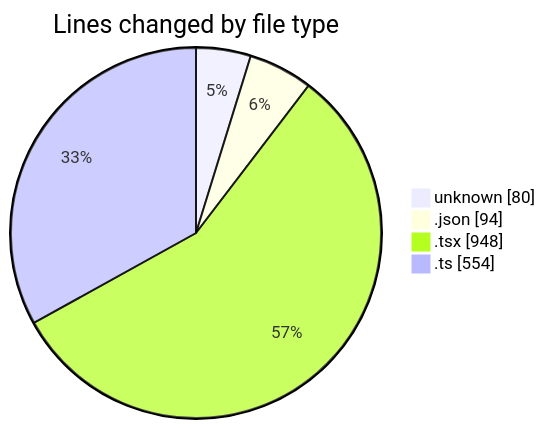
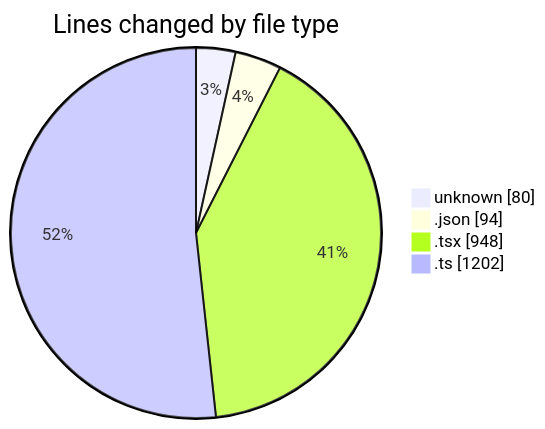
One commit to JenPaints/code-tracking changed the first of 2 diagrams in 2025-07-24/cohera/README.md. Above: the diagram before and after it, drawn with Mermaid. The commit also changed other lines of this file and 1 other file, not shown here.

````diff
--- a/2025-07-24/cohera/README.md
+++ b/2025-07-24/cohera/README.md
@@ -30,8 +31,8 @@
 ```mermaid
 pie showData
 title Lines changed by file type
 "unknown" : 80
 ".json" : 94
 ".tsx" : 948
-".ts" : 554
+".ts" : 1202
 ```
````
